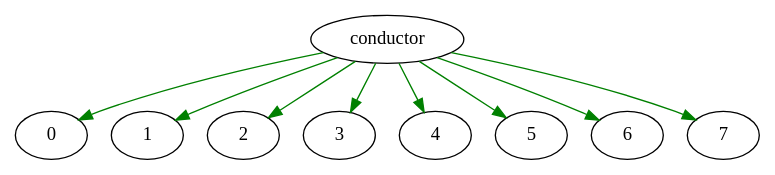
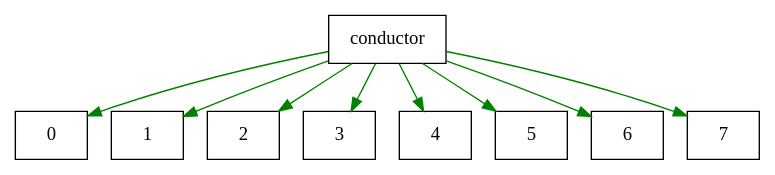
Before and after one commit to owulveryck/blog: the diagram in content/assets/orchestrate-a-digraph-with-goroutine/digraph_step1.dot, drawn with Graphviz. The commit also changed 16 other files, not shown here.

```diff
--- a/content/assets/orchestrate-a-digraph-with-goroutine/digraph_step1.dot
+++ b/content/assets/orchestrate-a-digraph-with-goroutine/digraph_step1.dot
@@ -1,11 +1,13 @@
 digraph g {
+
+    node [ shape = polygon, sides = 4 ]
     edge [color=green]
     conductor -> 0
     conductor -> 1
     conductor -> 2
     conductor -> 3
     conductor -> 4
     conductor -> 5
     conductor -> 6
     conductor -> 7
 }
```
